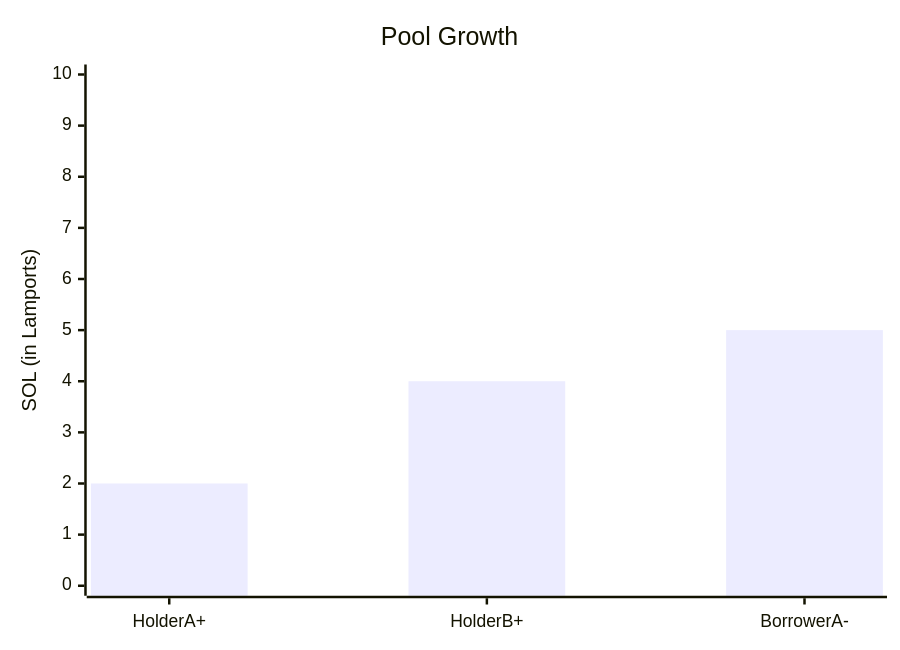
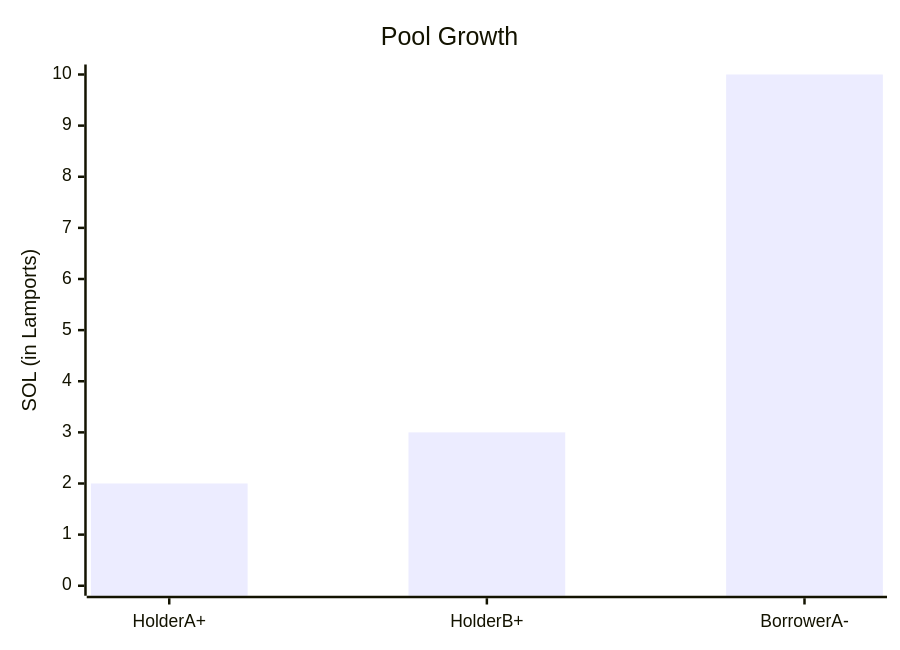
Before and after one commit to kilogold/Sol-Lending-Pool: the sixth of 6 diagrams in readme.md, drawn with Mermaid. The commit also changed other lines of this file, not shown here.

````diff
--- a/readme.md
+++ b/readme.md
@@ -108,8 +114,7 @@
 ```mermaid
     xychart-beta
     title "Pool Growth"
     x-axis [HolderA+, HolderB+, BorrowerA-]
     y-axis "SOL (in Lamports)" 0 --> 10
-    bar [2, 4, 5]
-    %%line [5000, 6000, 7500, 8200, 9500, 10500, 11000, 10200, 9200, 8500, 7000, 6000]
+    bar [2, 3, 10]
 ```
````
